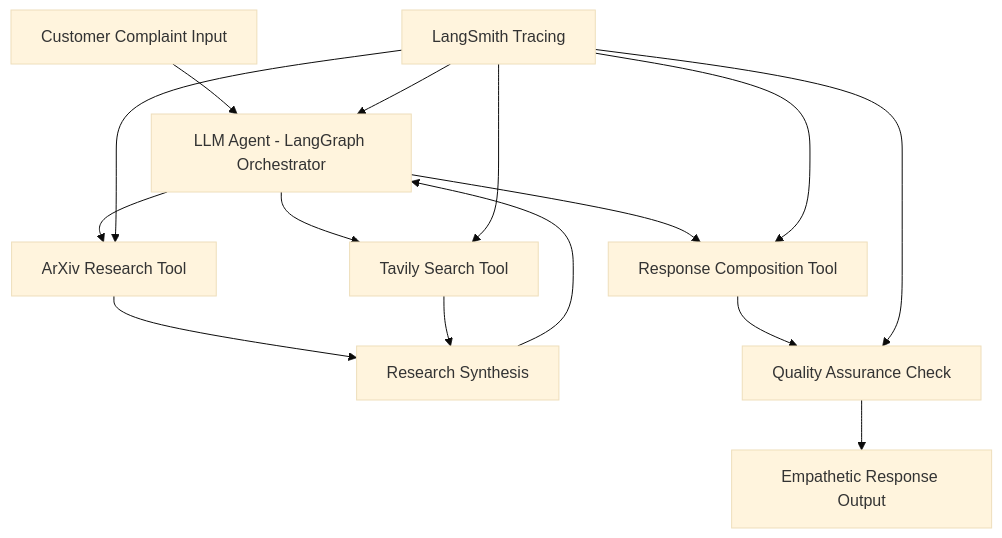
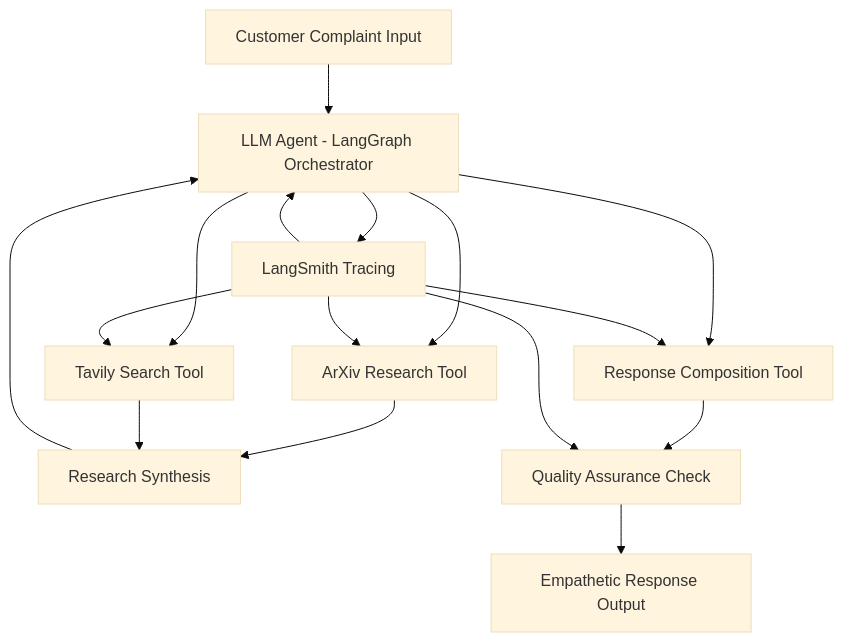
One commit to ovokpus/ReplySight changed the diagram in README.md. Above: the diagram before and after it, drawn with Mermaid (base theme).

Commit message:
updated graph

````diff
--- a/README.md
+++ b/README.md
@@ -365,18 +365,19 @@
 ```mermaid
 graph TD
     A[Customer Complaint Input] --> B[LLM Agent - LangGraph Orchestrator]
     B --> C[ArXiv Research Tool]
     B --> D[Tavily Search Tool]
     C --> E[Research Synthesis]
     E --> B
     D --> E
     B --> F[Response Composition Tool]
     F --> G[Quality Assurance Check]
     G --> H[Empathetic Response Output]
     
-    I[LangSmith Tracing] --> B
+    B --> I[LangSmith Tracing]
+    I --> B
     I --> C
     I --> D
     I --> F
     I --> G
 ```
````
